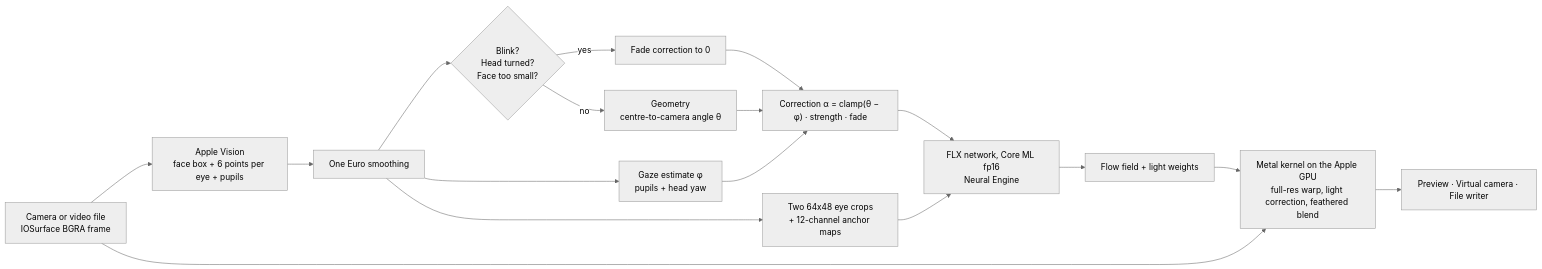
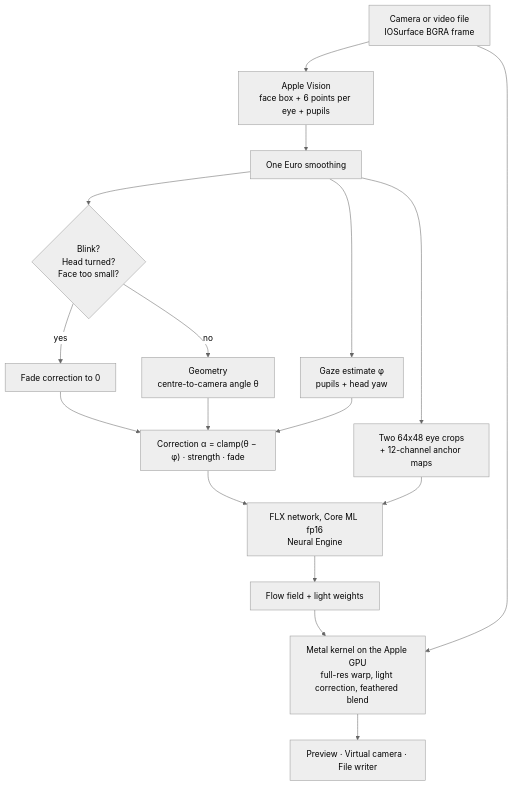
Before and after one commit to jc-gt3rs/Mirada: the first of 2 diagrams in README.md, drawn with Mermaid (neutral theme). The commit also changed other lines of this file, not shown here.

Commit message:
docs: render README formulas and pipeline chart on GitHub

````diff
--- a/README.md
+++ b/README.md
@@ -98,19 +98,19 @@
 ```mermaid
-flowchart LR
+flowchart TD
     CAM["Camera or video file<br/>IOSurface BGRA frame"] --> VIS["Apple Vision<br/>face box + 6 points per eye + pupils"]
     VIS --> SMOOTH["One Euro smoothing"]
     SMOOTH --> GATE{"Blink?<br/>Head turned?<br/>Face too small?"}
     GATE -- yes --> FADE["Fade correction to 0"]
     GATE -- no --> GEO["Geometry<br/>centre-to-camera angle θ"]
     SMOOTH --> GAZE["Gaze estimate φ<br/>pupils + head yaw"]
     GEO --> ANGLE["Correction α = clamp(θ − φ) · strength · fade"]
     GAZE --> ANGLE
     FADE --> ANGLE
     SMOOTH --> CROP["Two 64x48 eye crops<br/>+ 12-channel anchor maps"]
     CROP --> NN["FLX network, Core ML fp16<br/>Neural Engine"]
     ANGLE --> NN
     NN --> FLOW["Flow field + light weights"]
     FLOW --> METAL["Metal kernel on the Apple GPU<br/>full-res warp, light correction, feathered blend"]
     CAM --> METAL
     METAL --> OUT["Preview · Virtual camera · File writer"]
 ```
````
